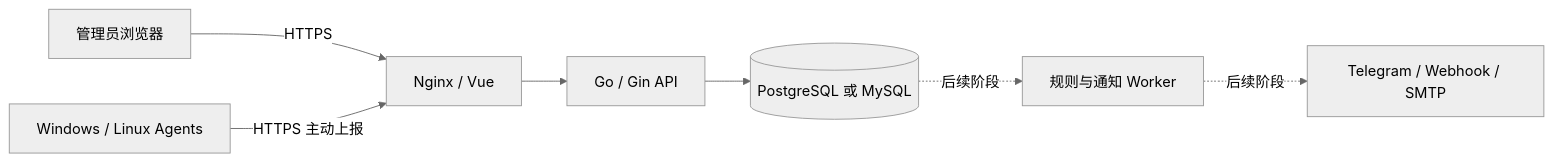
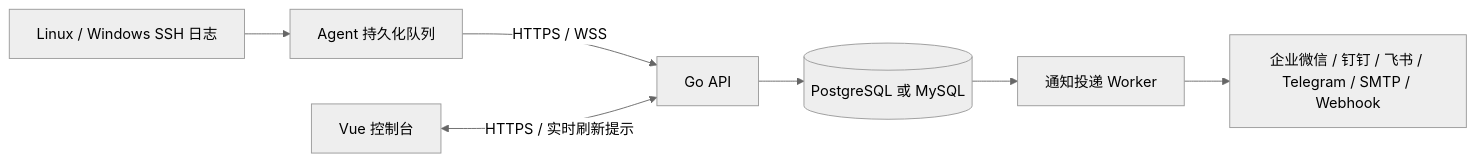
Before and after one commit to xiuzhenzhi/SSH: the diagram in README.md, drawn with Mermaid (neutral theme). The commit also changed other lines of this file and 85 other files, not shown here.

````diff
--- a/README.md
+++ b/README.md
@@ -118,9 +61,9 @@
 ```mermaid
 flowchart LR
-    Admin[管理员浏览器] -->|HTTPS| Nginx[Nginx / Vue]
-    Agents[Windows / Linux Agents] -->|HTTPS 主动上报| Nginx
-    Nginx --> API[Go / Gin API]
-    API --> DB[(PostgreSQL 或 MySQL)]
-    DB -. 后续阶段 .-> Worker[规则与通知 Worker]
-    Worker -. 后续阶段 .-> Channels[Telegram / Webhook / SMTP]
+  Logs[Linux / Windows SSH 日志] --> Queue[Agent 持久化队列]
+  Queue -->|HTTPS / WSS| API[Go API]
+  Browser[Vue 控制台] <-->|HTTPS / 实时刷新提示| API
+  API --> DB[(PostgreSQL 或 MySQL)]
+  DB --> Worker[通知投递 Worker]
+  Worker --> Channels[企业微信 / 钉钉 / 飞书 / Telegram / SMTP / Webhook]
 ```
````
